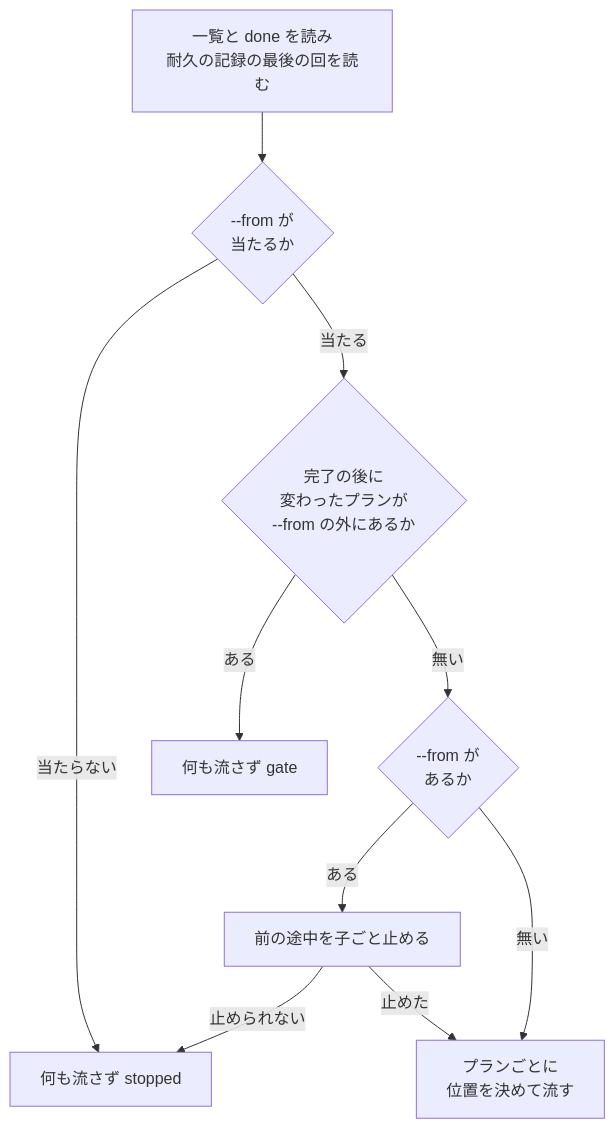
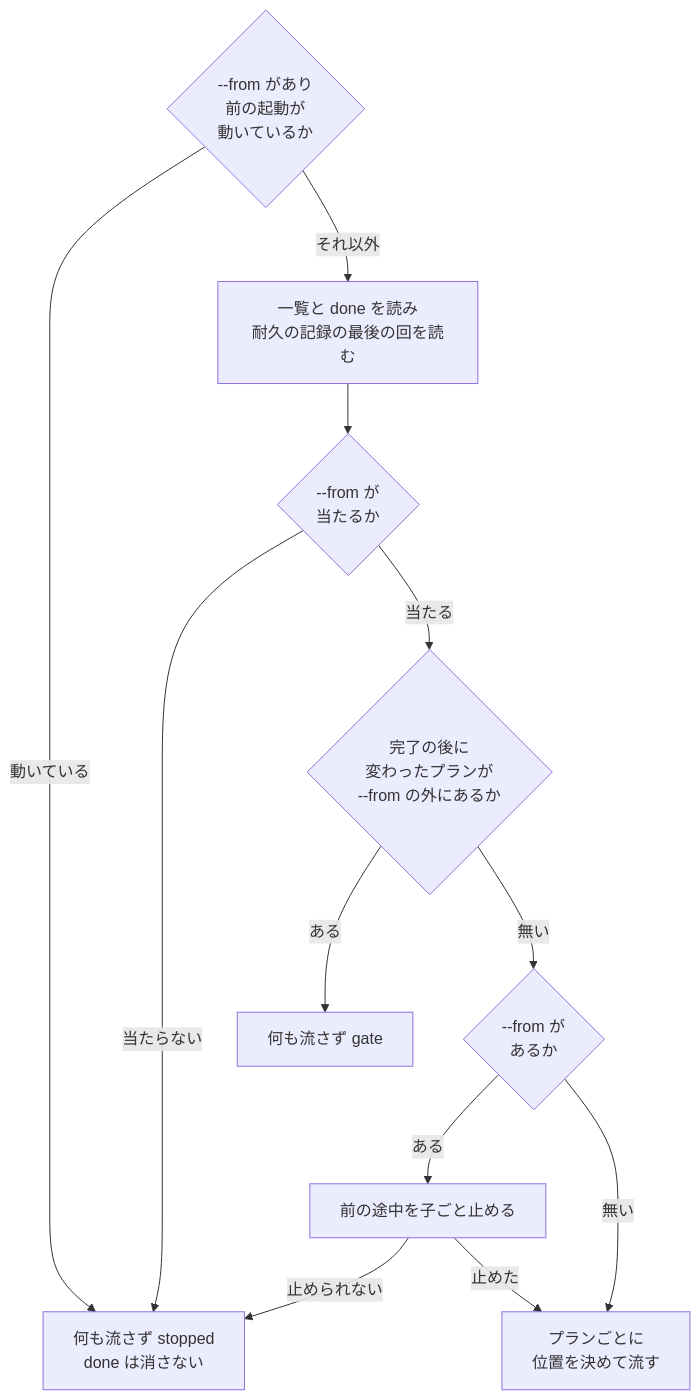
The sixth of 6 diagrams in issues/issue-2664-design.md (devbasex/ai-plugins), drawn with Mermaid before and after one commit. The commit also changed other lines of this file and 1 other file, not shown here.

````diff
--- a/issues/issue-2664-design.md
+++ b/issues/issue-2664-design.md
@@ -400,12 +404,14 @@
 ```mermaid
 graph TD
-    A[一覧と done を読み<br/>耐久の記録の最後の回を読む] --> B{--from が<br/>当たるか}
-    B -->|当たらない| X[何も流さず stopped]
+    S{--from があり<br/>前の起動が<br/>動いているか} -->|動いている| X[何も流さず stopped<br/>done は消さない]
+    S -->|それ以外| A[一覧と done を読み<br/>耐久の記録の最後の回を読む]
+    A --> B{--from が<br/>当たるか}
+    B -->|当たらない| X
     B -->|当たる| C{完了の後に<br/>変わったプランが<br/>--from の外にあるか}
     C -->|ある| G[何も流さず gate]
     C -->|無い| D{--from が<br/>あるか}
     D -->|ある| E[前の途中を子ごと止める]
     E -->|止められない| X
     E -->|止めた| F[プランごとに<br/>位置を決めて流す]
     D -->|無い| F
 ```
````
